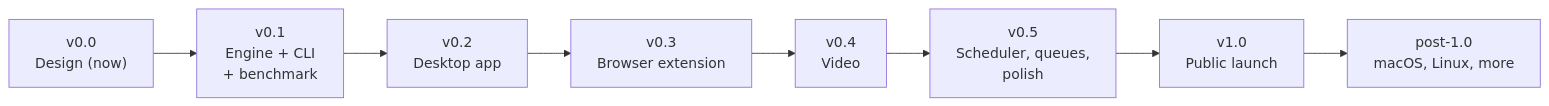
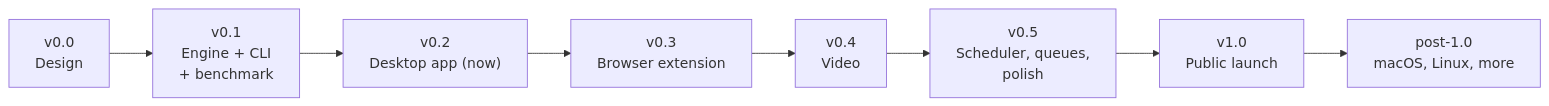
The diagram in docs/ROADMAP.md (boltget/boltget), drawn with Mermaid before and after one commit. The commit also changed other lines of this file, not shown here.

````diff
--- a/docs/ROADMAP.md
+++ b/docs/ROADMAP.md
@@ -7,10 +7,10 @@
 ```mermaid
 flowchart LR
-  M0["v0.0<br/>Design (now)"] --> M1["v0.1<br/>Engine + CLI<br/>+ benchmark"]
-  M1 --> M2["v0.2<br/>Desktop app"]
+  M0["v0.0<br/>Design"] --> M1["v0.1<br/>Engine + CLI<br/>+ benchmark"]
+  M1 --> M2["v0.2<br/>Desktop app (now)"]
   M2 --> M3["v0.3<br/>Browser extension"]
   M3 --> M4["v0.4<br/>Video"]
   M4 --> M5["v0.5<br/>Scheduler, queues,<br/>polish"]
   M5 --> M6["v1.0<br/>Public launch"]
   M6 --> P["post-1.0<br/>macOS, Linux, more"]
 ```
````
